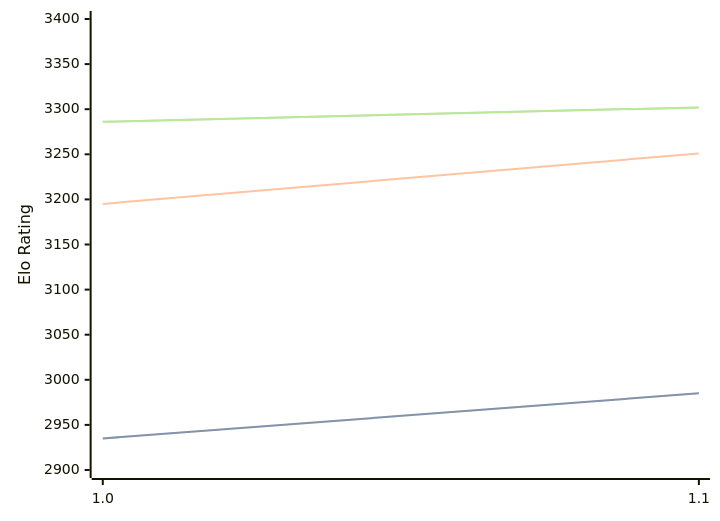
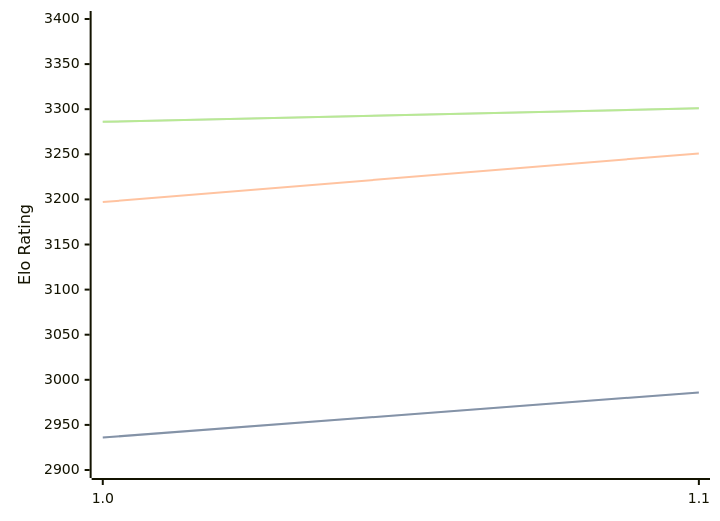
One commit to computer-chess-index/cci changed the diagram in engines/RodentV.md. Above: the diagram before and after it, drawn with Mermaid. The commit also changed other lines of this file, not shown here.

Commit message:
Update CCI Ratings (ELO VLTC) - 2026-09-09

````diff
--- a/engines/RodentV.md
+++ b/engines/RodentV.md
@@ -33,11 +33,11 @@
 ```mermaid
 %%{init: {"theme":"base","themeVariables":{"seriesColors:['#a3a3a3','#222221','#faa371']}}}%%
 xychart-beta
   x-axis ["1.0", "1.1"]
   y-axis "Elo Rating" 2900 --> 3400
-  line "" [2935, 2985]
-  line "STC (8.0+0.08s)" [2935, 2985]
-  line "LTC (60.0+0.60s)" [3195, 3251]
-  line "" [3286, 3302]
-  line "VLTC (2m24s+1.12s)" [3286, 3302]
+  line "" [2936, 2986]
+  line "STC (8.0+0.08s)" [2936, 2986]
+  line "LTC (60.0+0.60s)" [3197, 3251]
+  line "" [3286, 3301]
+  line "VLTC (2m24s+1.12s)" [3286, 3301]
 ```
````
